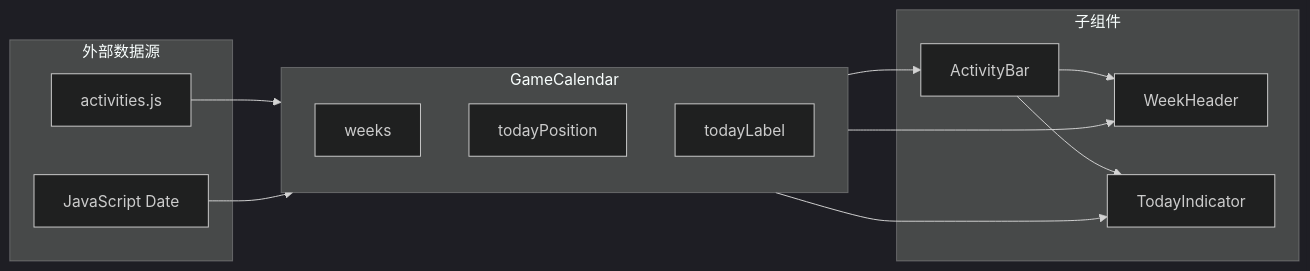
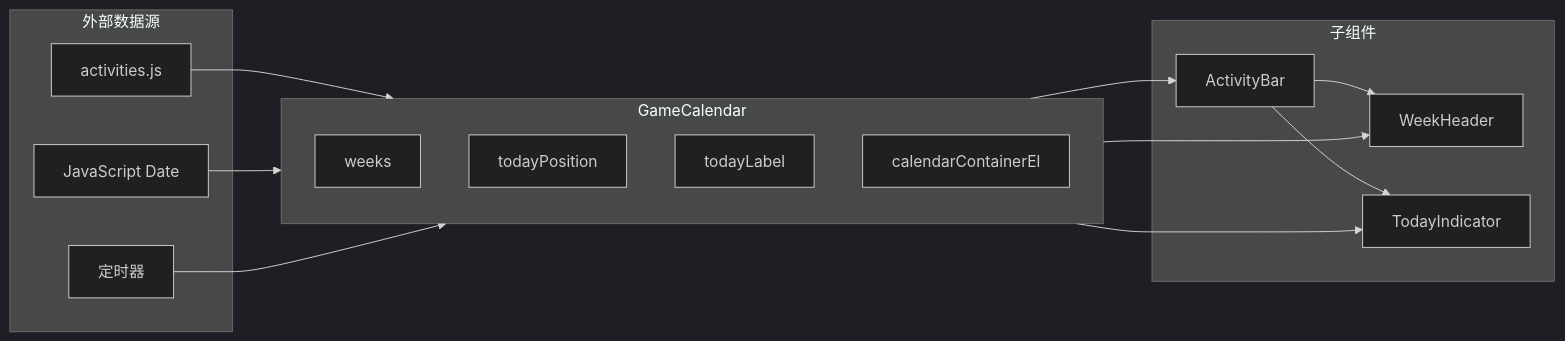
Before and after one commit to xuanyulingnfeg/gameCalendar: diagram 12 of 12 in .qoder/repowiki/zh/content/核心组件/GameCalendar 主容器组件.md, drawn with Mermaid (dark theme). The commit also changed other lines of this file and 7 other files, not shown here.

````diff
--- a/.qoder/repowiki/zh/content/核心组件/GameCalendar 主容器组件.md
+++ b/.qoder/repowiki/zh/content/核心组件/GameCalendar 主容器组件.md
@@ -320,24 +421,27 @@
 ```mermaid
 flowchart LR
 subgraph "外部数据源"
 ActivitiesConfig[activities.js]
 DateObject[JavaScript Date]
+Timer[定时器]
 end
 subgraph "GameCalendar"
 WeeksData[weeks]
 PositionData[todayPosition]
 LabelData[todayLabel]
+ContainerRef[calendarContainerEl]
 end
 subgraph "子组件"
 WeekHeader[WeekHeader]
 TodayIndicator[TodayIndicator]
 ActivityBar[ActivityBar]
 end
 ActivitiesConfig --> GameCalendar
 DateObject --> GameCalendar
+Timer --> GameCalendar
 GameCalendar --> WeekHeader
 GameCalendar --> TodayIndicator
 GameCalendar --> ActivityBar
 ActivityBar --> WeekHeader
 ActivityBar --> TodayIndicator
 ```
````
